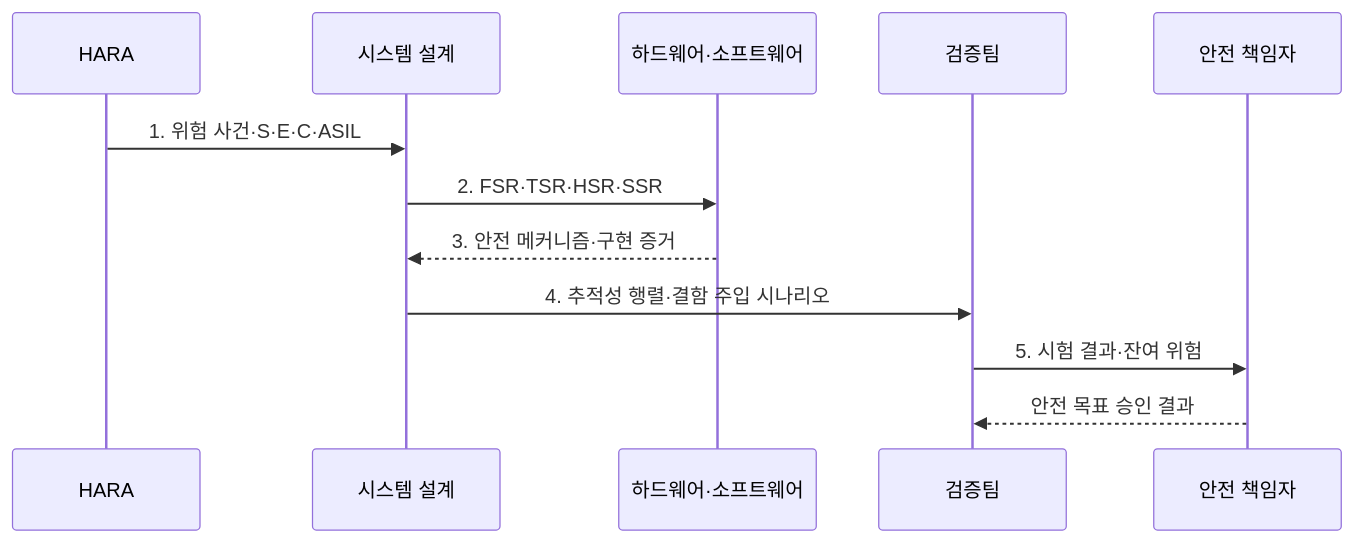
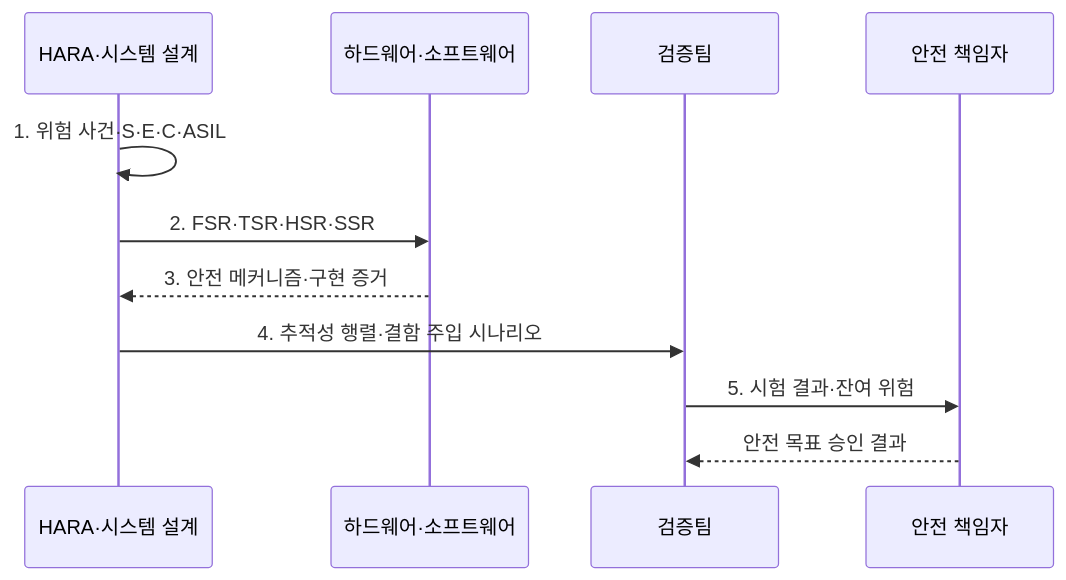
Before and after one commit to agnusdei1207/knowledge-base: the second of 2 diagrams in src/content/docs/notes/03-software/078_functional_safety_iso_26262_asil.md, drawn with Mermaid. The commit also changed 8 other files, not shown here.

Commit message:
Clarify software quality diagrams

````diff
--- a/src/content/docs/notes/03-software/078_functional_safety_iso_26262_asil.md
+++ b/src/content/docs/notes/03-software/078_functional_safety_iso_26262_asil.md
@@ -101,14 +101,13 @@
 ```mermaid
 sequenceDiagram
-    participant H as HARA
-    participant A as 시스템 설계
+    participant A as HARA·시스템 설계
     participant W as 하드웨어·소프트웨어
     participant V as 검증팀
     participant S as 안전 책임자
-    H->>A: 1. 위험 사건·S·E·C·ASIL
+    A->>A: 1. 위험 사건·S·E·C·ASIL
     A->>W: 2. FSR·TSR·HSR·SSR
     W-->>A: 3. 안전 메커니즘·구현 증거
     A->>V: 4. 추적성 행렬·결함 주입 시나리오
     V->>S: 5. 시험 결과·잔여 위험
     S-->>V: 안전 목표 승인 결과
 ```
````
